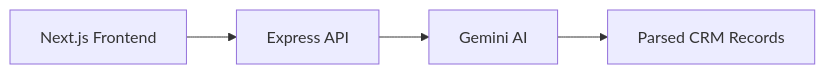
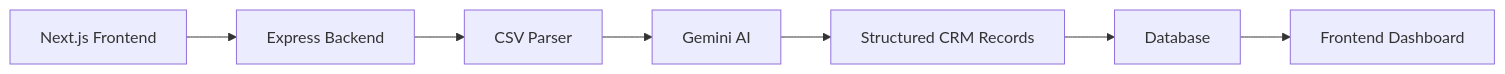
Before and after one commit to abhinav-salokhe/CRM-Tool: the diagram in README.md, drawn with Mermaid. The commit also changed other lines of this file, not shown here.

````diff
--- a/README.md
+++ b/README.md
@@ -180,6 +242,16 @@
 ```mermaid
 flowchart LR
-  A[Next.js Frontend] --> B[Express API]
-  B --> C[Gemini AI]
-  C --> D[Parsed CRM Records]
+
+A[Next.js Frontend]
+--> B[Express Backend]
+
+B --> C[CSV Parser]
+
+C --> D[Gemini AI]
+
+D --> E[Structured CRM Records]
+
+E --> F[Database]
+
+F --> G[Frontend Dashboard]
 ```
````
